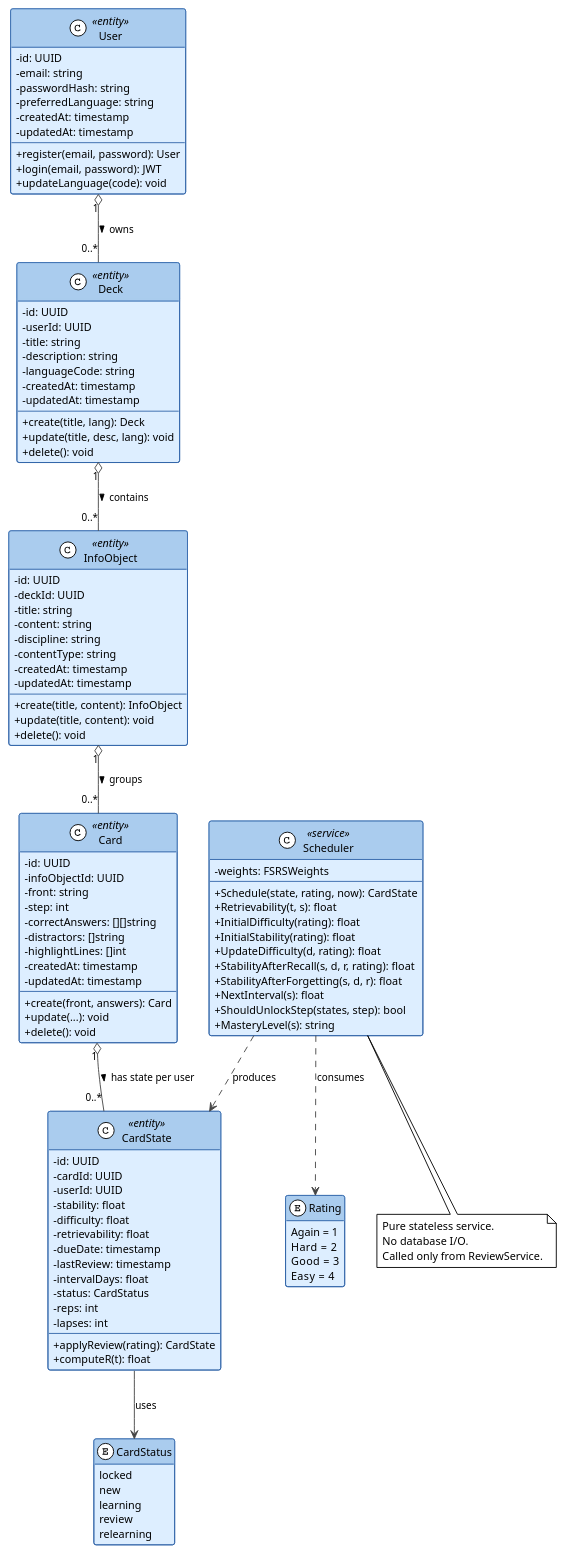
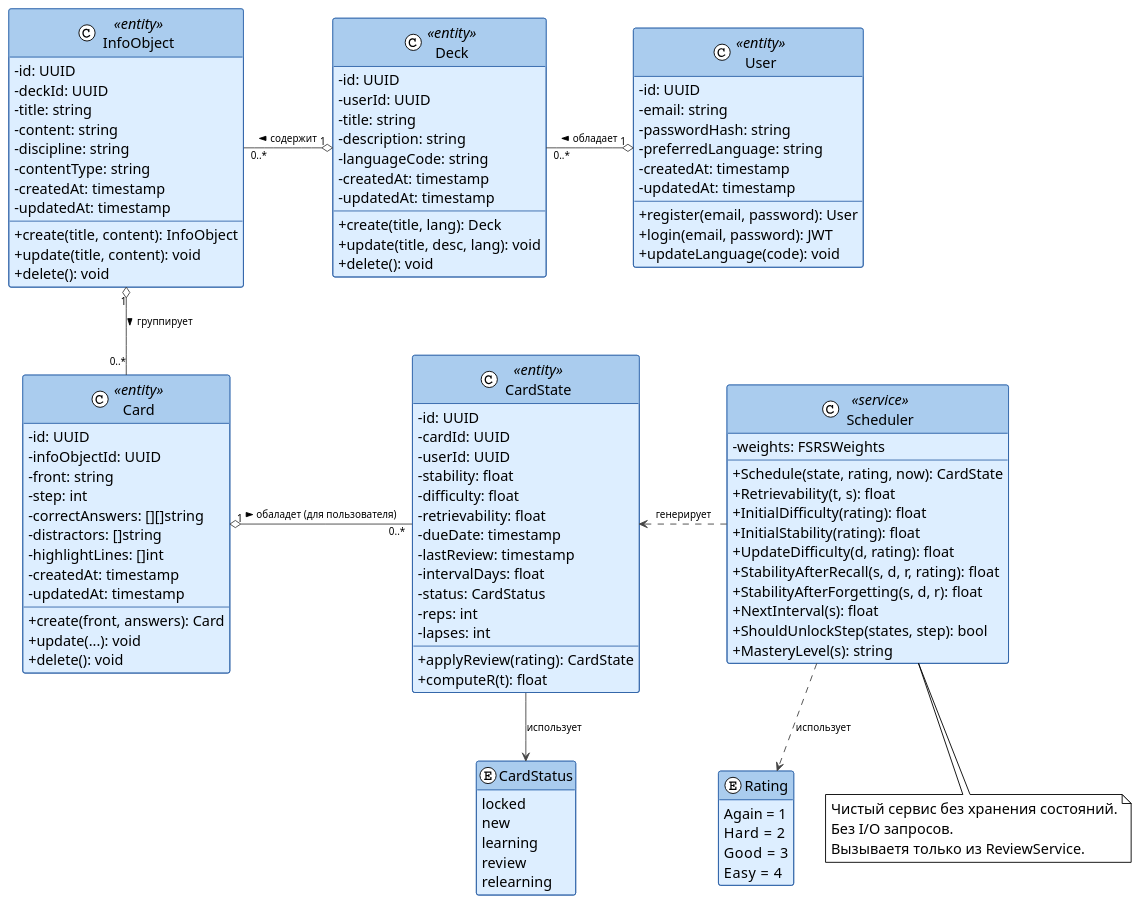
The second of 4 diagrams in papers/second.md (AleksKislov/shmanki), drawn with PlantUML before and after one commit. The commit also changed other lines of this file and 1 other file, not shown here.

````diff
--- a/papers/second.md
+++ b/papers/second.md
@@ -156,7 +152,7 @@
 @startuml class_diagram
 !theme plain
 skinparam defaultFontName Arial
-skinparam defaultFontSize 12
+skinparam defaultFontSize 16
 skinparam classAttributeIconSize 0
 
 skinparam class {
@@ -281,20 +277,26 @@
   relearning
 }
 
-User       "1" o-- "0..*" Deck       : owns >
-Deck       "1" o-- "0..*" InfoObject : contains >
-InfoObject "1" o-- "0..*" Card       : groups >
-Card       "1" o-- "0..*" CardState  : has state per user >
+User       "1" o-- "0..*" Deck       : обладает >
+Deck       "1" o-- "0..*" InfoObject : содержит >
+InfoObject "1" o-- "0..*" Card       : группирует >
+Card       "1" o-- "0..*" CardState  : обаладет (для пользователя) >
 
-CardState  -->             CardStatus : uses
-Scheduler  ..>             CardState  : produces
-Scheduler  ..>             Rating     : consumes
+CardState  -->             CardStatus : использует
+Scheduler  ..>             CardState  : генерирует
+Scheduler  ..>             Rating     : использует
 
 note bottom of Scheduler
-  Pure stateless service.
-  No database I/O.
-  Called only from ReviewService.
+  Чистый сервис без хранения состояний.
+  Без I/O запросов.
+  Вызываетя только из ReviewService.
 end note
+
+User -[hidden]left-> Deck
+Deck -[hidden]left-> InfoObject
+CardState -[hidden]left-> Card
+Scheduler -[hidden]left-> CardState
+
 
 @enduml
 ```
````
